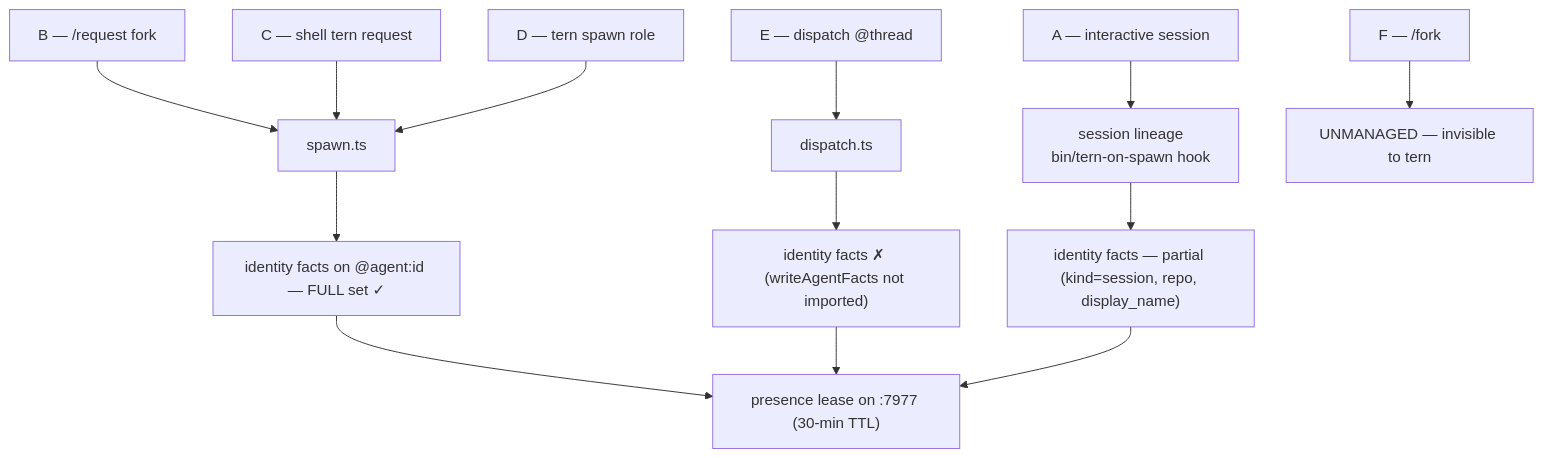
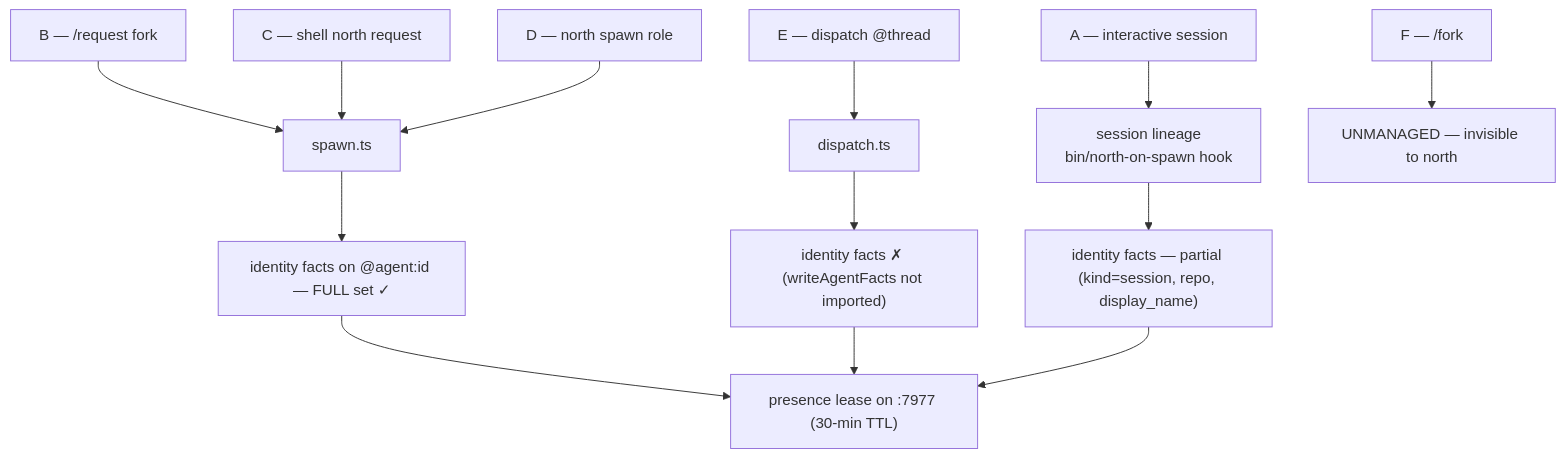
One commit to tompassarelli/firn changed the second of 10 diagrams in dotfiles/claude/docs/workflow-map.md. Above: the diagram before and after it, drawn with Mermaid. The commit also changed other lines of this file and 7 other files, not shown here.

First line of the commit message:
rename(docs): tern→north — workflow-map, north.md, agent-protocol, praxis

````diff
--- a/dotfiles/claude/docs/workflow-map.md
+++ b/dotfiles/claude/docs/workflow-map.md
@@ -78,15 +78,15 @@
 ```mermaid
 flowchart TD
-    A["A — interactive session"] --> SES["session lineage<br/>bin/tern-on-spawn hook"]
+    A["A — interactive session"] --> SES["session lineage<br/>bin/north-on-spawn hook"]
     B["B — /request fork"] --> SP["spawn.ts"]
-    C["C — shell tern request"] --> SP
-    D["D — tern spawn role"] --> SP
+    C["C — shell north request"] --> SP
+    D["D — north spawn role"] --> SP
     E["E — dispatch @thread"] --> DI["dispatch.ts"]
-    F["F — /fork"] --> X["UNMANAGED — invisible to tern"]
+    F["F — /fork"] --> X["UNMANAGED — invisible to north"]
     SP --> IDF["identity facts on @agent:id — FULL set ✓"]
     DI --> NOID["identity facts ✗ (writeAgentFacts not imported)"]
     SES --> PART["identity facts — partial (kind=session, repo, display_name)"]
     IDF --> P["presence lease on :7977 (30-min TTL)"]
     NOID --> P
     PART --> P
 ```
````
